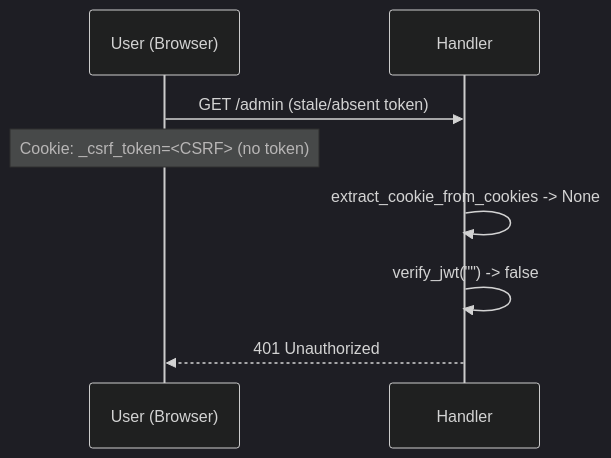
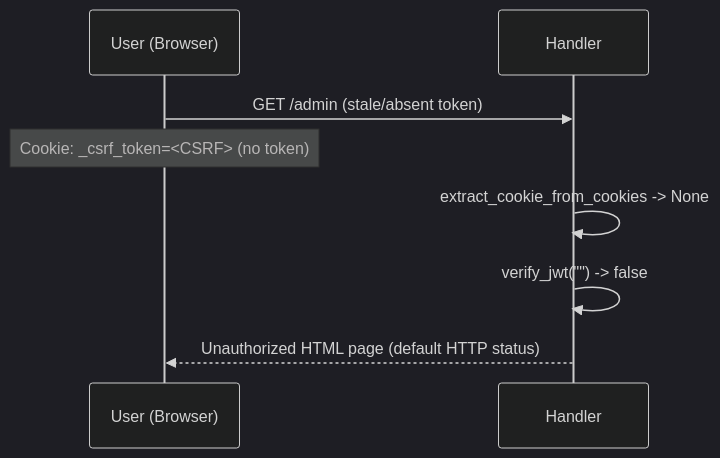
The third of 4 diagrams in specs/6-jwt-authentication.md (husni-zuhdi/husni-portfolio), drawn with Mermaid (dark theme) before and after one commit. The commit also changed other lines of this file and 26 other files, not shown here.

````diff
--- a/specs/6-jwt-authentication.md
+++ b/specs/6-jwt-authentication.md
@@ -84,11 +91,11 @@
 ```mermaid
 sequenceDiagram
     participant U as User (Browser)
     participant H as Handler
 
     U->>H: GET /admin (stale/absent token)
     Note over U: Cookie: _csrf_token=<CSRF> (no token)
     H->>H: extract_cookie_from_cookies -> None
     H->>H: verify_jwt("") -> false
-    H-->>U: 401 Unauthorized
+    H-->>U: Unauthorized HTML page (default HTTP status)
 ```
````
